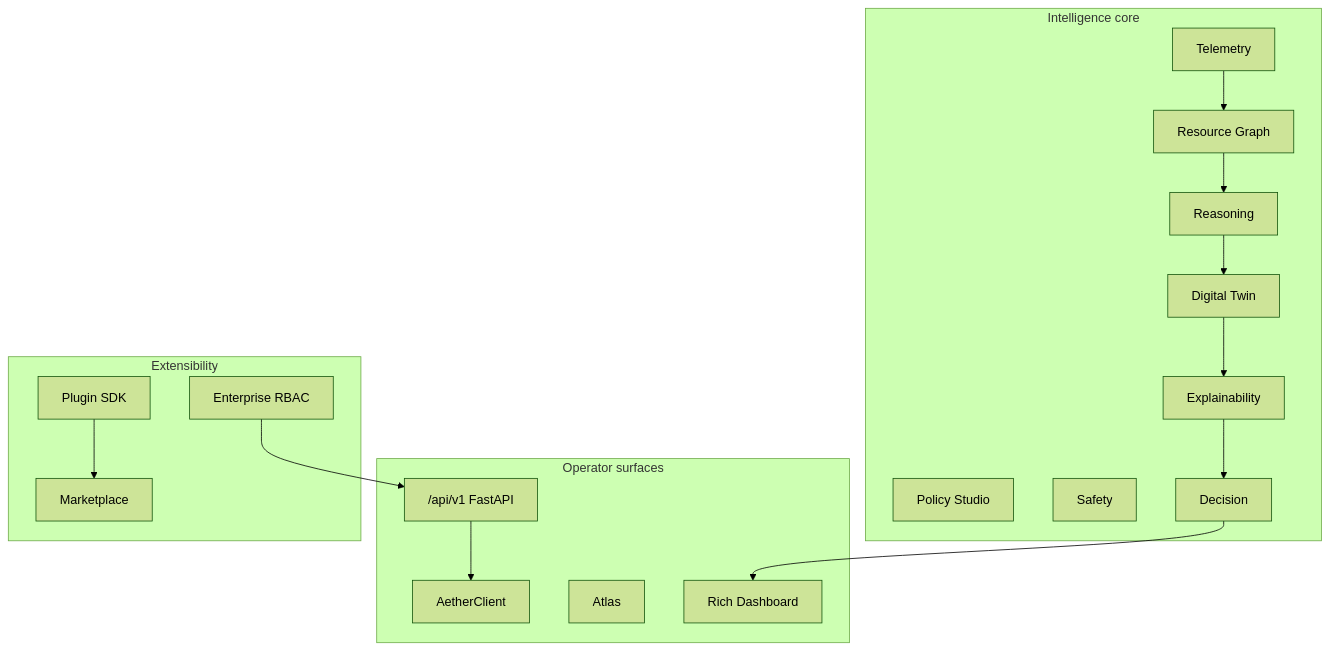
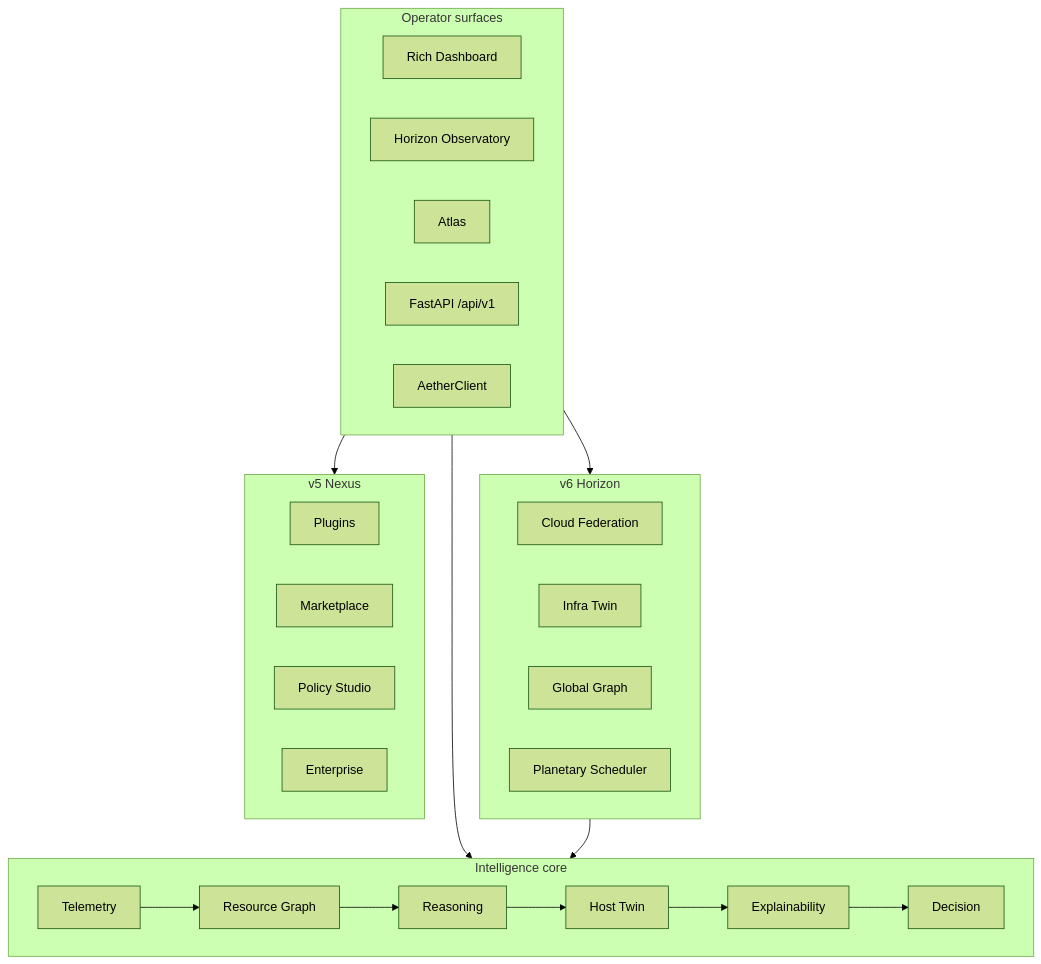
One commit to ShouryaVeggalam/AetherOS changed the second of 2 diagrams in README.md. Above: the diagram before and after it, drawn with Mermaid (forest theme). The commit also changed other lines of this file and 26 other files, not shown here.

````diff
--- a/README.md
+++ b/README.md
@@ -99,32 +108,39 @@
 ```mermaid
 flowchart TB
-    subgraph UI["Operator surfaces"]
+    subgraph Surfaces["Operator surfaces"]
       DASH[Rich Dashboard]
+      HOR[Horizon Observatory]
       ATLAS[Atlas]
-      API["/api/v1 FastAPI"]
+      API["FastAPI /api/v1"]
       SDK[AetherClient]
+    end
+
+    subgraph Horizon["v6 Horizon"]
+      CLOUD[Cloud Federation]
+      ITWIN[Infra Twin]
+      GKG[Global Graph]
+      PLAN[Planetary Scheduler]
+    end
+
+    subgraph Nexus["v5 Nexus"]
+      PLG[Plugins]
+      MKT[Marketplace]
+      POL[Policy Studio]
+      ENT[Enterprise]
     end
 
     subgraph Core["Intelligence core"]
       TEL[Telemetry]
-      POL[Policy Studio]
-      SAF[Safety]
-      DEC[Decision]
-      EXP[Explainability]
       GR[Resource Graph]
       REA[Reasoning]
-      TWIN[Digital Twin]
+      TWIN[Host Twin]
+      EXP[Explainability]
+      DEC[Decision]
     end
 
-    subgraph Ext["Extensibility"]
-      PLG[Plugin SDK]
-      MKT[Marketplace]
-      ENT[Enterprise RBAC]
-    end
-
+    Surfaces --> Horizon
+    Surfaces --> Nexus
+    Surfaces --> Core
+    Horizon --> Core
     TEL --> GR --> REA --> TWIN --> EXP --> DEC
-    DEC --> DASH
-    API --> SDK
-    PLG --> MKT
-    ENT --> API
 ```
````
